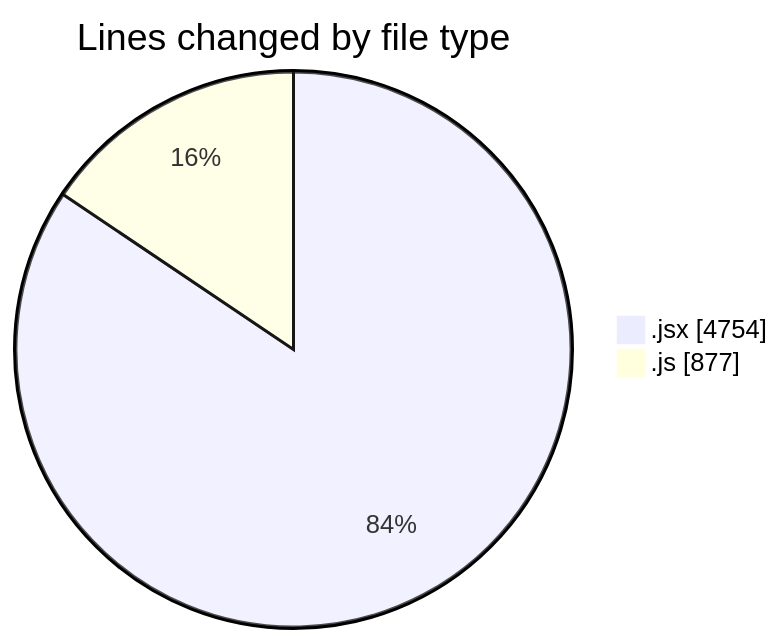
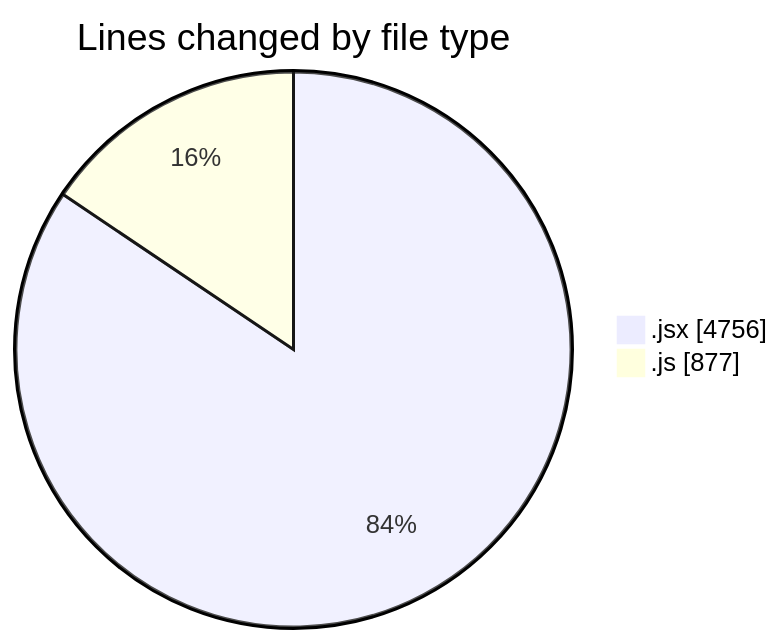
One commit to nxtqubesakshisongat/code-tracking changed the first of 2 diagrams in 2025-07-21/nxtqube_webapp/README.md. Above: the diagram before and after it, drawn with Mermaid. The commit also changed other lines of this file and 1 other file, not shown here.

````diff
--- a/2025-07-21/nxtqube_webapp/README.md
+++ b/2025-07-21/nxtqube_webapp/README.md
@@ -28,6 +28,6 @@
 ```mermaid
 pie showData
 title Lines changed by file type
-".jsx" : 4754
+".jsx" : 4756
 ".js" : 877
 ```
````
